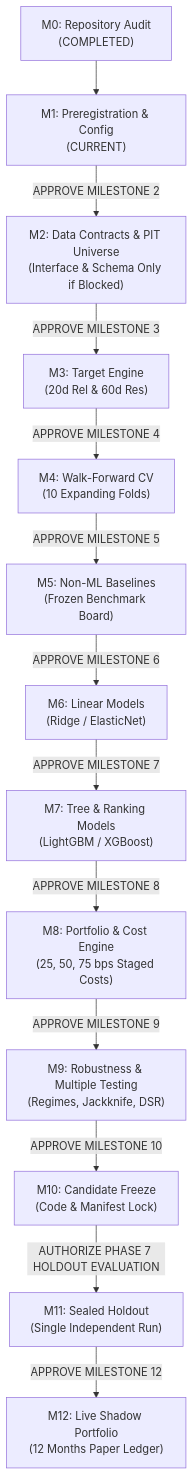
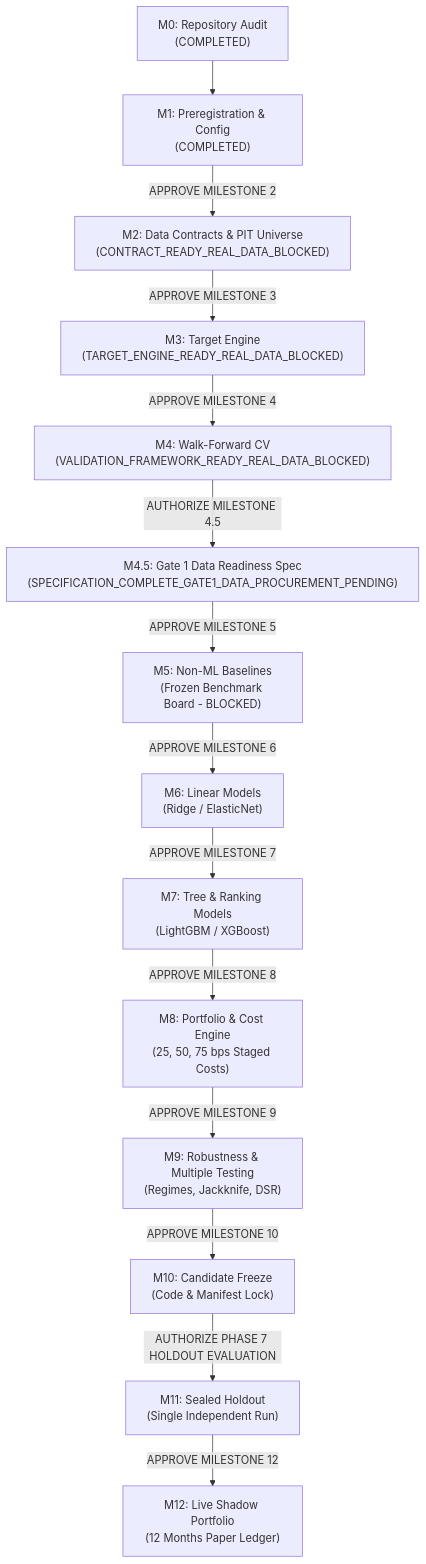
One commit to rkchhabda/aarambh changed the diagram in docs/PHASE7_EXECUTION_PLAN.md. Above: the diagram before and after it, drawn with Mermaid. The commit also changed other lines of this file and 8 other files, not shown here.

Commit message:
docs(phase7): finalize milestone 4.5 gate 1 data readiness specification

````diff
--- a/docs/PHASE7_EXECUTION_PLAN.md
+++ b/docs/PHASE7_EXECUTION_PLAN.md
@@ -15,15 +15,16 @@
 ```mermaid
 flowchart TD
-    M0["M0: Repository Audit<br/>(COMPLETED)"] --> M1["M1: Preregistration & Config<br/>(CURRENT)"]
-    M1 -->|APPROVE MILESTONE 2| M2["M2: Data Contracts & PIT Universe<br/>(Interface & Schema Only if Blocked)"]
-    M2 -->|APPROVE MILESTONE 3| M3["M3: Target Engine<br/>(20d Rel & 60d Res)"]
-    M3 -->|APPROVE MILESTONE 4| M4["M4: Walk-Forward CV<br/>(10 Expanding Folds)"]
-    M4 -->|APPROVE MILESTONE 5| M5["M5: Non-ML Baselines<br/>(Frozen Benchmark Board)"]
+    M0["M0: Repository Audit<br/>(COMPLETED)"] --> M1["M1: Preregistration & Config<br/>(COMPLETED)"]
+    M1 -->|APPROVE MILESTONE 2| M2["M2: Data Contracts & PIT Universe<br/>(CONTRACT_READY_REAL_DATA_BLOCKED)"]
+    M2 -->|APPROVE MILESTONE 3| M3["M3: Target Engine<br/>(TARGET_ENGINE_READY_REAL_DATA_BLOCKED)"]
+    M3 -->|APPROVE MILESTONE 4| M4["M4: Walk-Forward CV<br/>(VALIDATION_FRAMEWORK_READY_REAL_DATA_BLOCKED)"]
+    M4 -->|AUTHORIZE MILESTONE 4.5| M45["M4.5: Gate 1 Data Readiness Spec<br/>(SPECIFICATION_COMPLETE_GATE1_DATA_PROCUREMENT_PENDING)"]
+    M45 -->|APPROVE MILESTONE 5| M5["M5: Non-ML Baselines<br/>(Frozen Benchmark Board - BLOCKED)"]
     M5 -->|APPROVE MILESTONE 6| M6["M6: Linear Models<br/>(Ridge / ElasticNet)"]
     M6 -->|APPROVE MILESTONE 7| M7["M7: Tree & Ranking Models<br/>(LightGBM / XGBoost)"]
     M7 -->|APPROVE MILESTONE 8| M8["M8: Portfolio & Cost Engine<br/>(25, 50, 75 bps Staged Costs)"]
     M8 -->|APPROVE MILESTONE 9| M9["M9: Robustness & Multiple Testing<br/>(Regimes, Jackknife, DSR)"]
     M9 -->|APPROVE MILESTONE 10| M10["M10: Candidate Freeze<br/>(Code & Manifest Lock)"]
     M10 -->|AUTHORIZE PHASE 7 HOLDOUT EVALUATION| M11["M11: Sealed Holdout<br/>(Single Independent Run)"]
     M11 -->|APPROVE MILESTONE 12| M12["M12: Live Shadow Portfolio<br/>(12 Months Paper Ledger)"]
 ```
````
